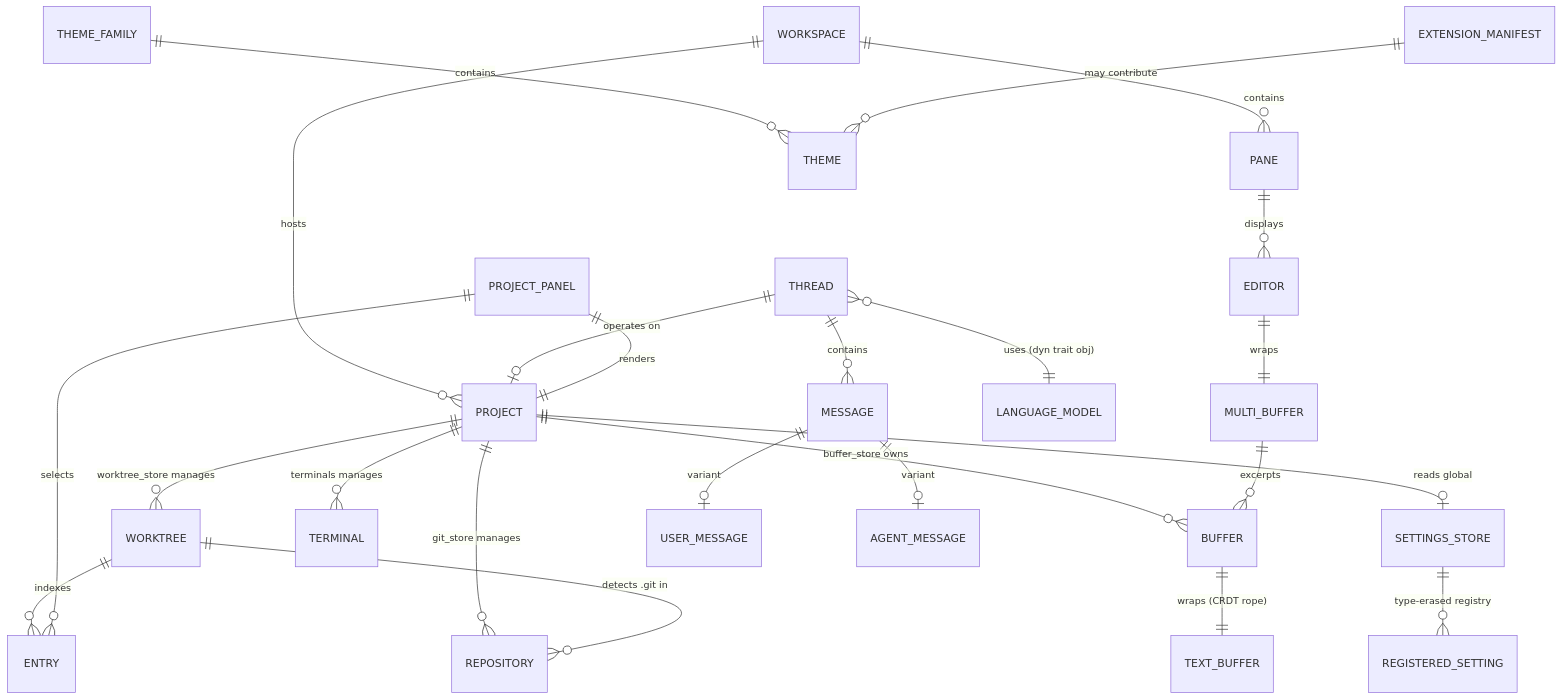
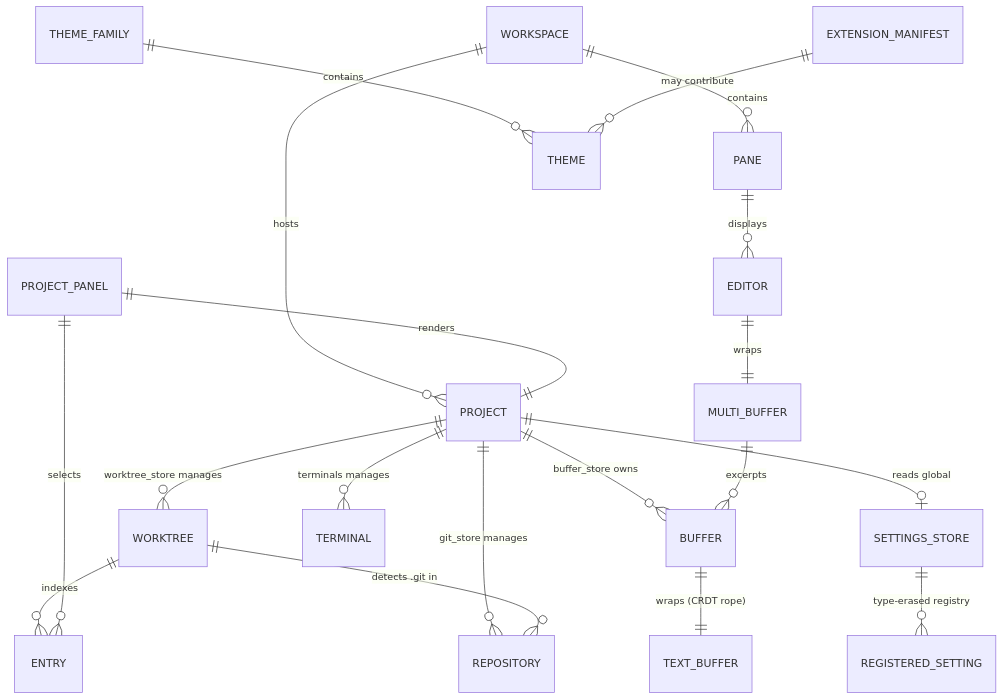
One commit to tgiap04/zode changed the diagram in docs/generated/entities.md. Above: the diagram before and after it, drawn with Mermaid. The commit also changed other lines of this file, not shown here.

````diff
--- a/docs/generated/entities.md
+++ b/docs/generated/entities.md
@@ -32,26 +24,21 @@
 ```mermaid
 erDiagram
     WORKSPACE ||--o{ PROJECT : hosts
     WORKSPACE ||--o{ PANE : contains
     PANE ||--o{ EDITOR : displays
     PROJECT ||--o{ WORKTREE : "worktree_store manages"
     PROJECT ||--o{ BUFFER : "buffer_store owns"
     PROJECT ||--o{ REPOSITORY : "git_store manages"
     PROJECT ||--o{ TERMINAL : "terminals manages"
     PROJECT ||--o| SETTINGS_STORE : "reads global"
     WORKTREE ||--o{ ENTRY : indexes
     WORKTREE ||--o{ REPOSITORY : "detects .git in"
     EDITOR ||--|| MULTI_BUFFER : wraps
     MULTI_BUFFER ||--o{ BUFFER : excerpts
     BUFFER ||--|| TEXT_BUFFER : "wraps (CRDT rope)"
-    THREAD ||--o{ MESSAGE : contains
-    MESSAGE ||--o| USER_MESSAGE : "variant"
-    MESSAGE ||--o| AGENT_MESSAGE : "variant"
-    THREAD ||--o| PROJECT : "operates on"
-    THREAD }o--|| LANGUAGE_MODEL : "uses (dyn trait obj)"
     PROJECT_PANEL ||--|| PROJECT : "renders"
     PROJECT_PANEL ||--o{ ENTRY : "selects"
     THEME_FAMILY ||--o{ THEME : contains
     EXTENSION_MANIFEST ||--o{ THEME : "may contribute"
     SETTINGS_STORE ||--o{ REGISTERED_SETTING : "type-erased registry"
 ```
````
